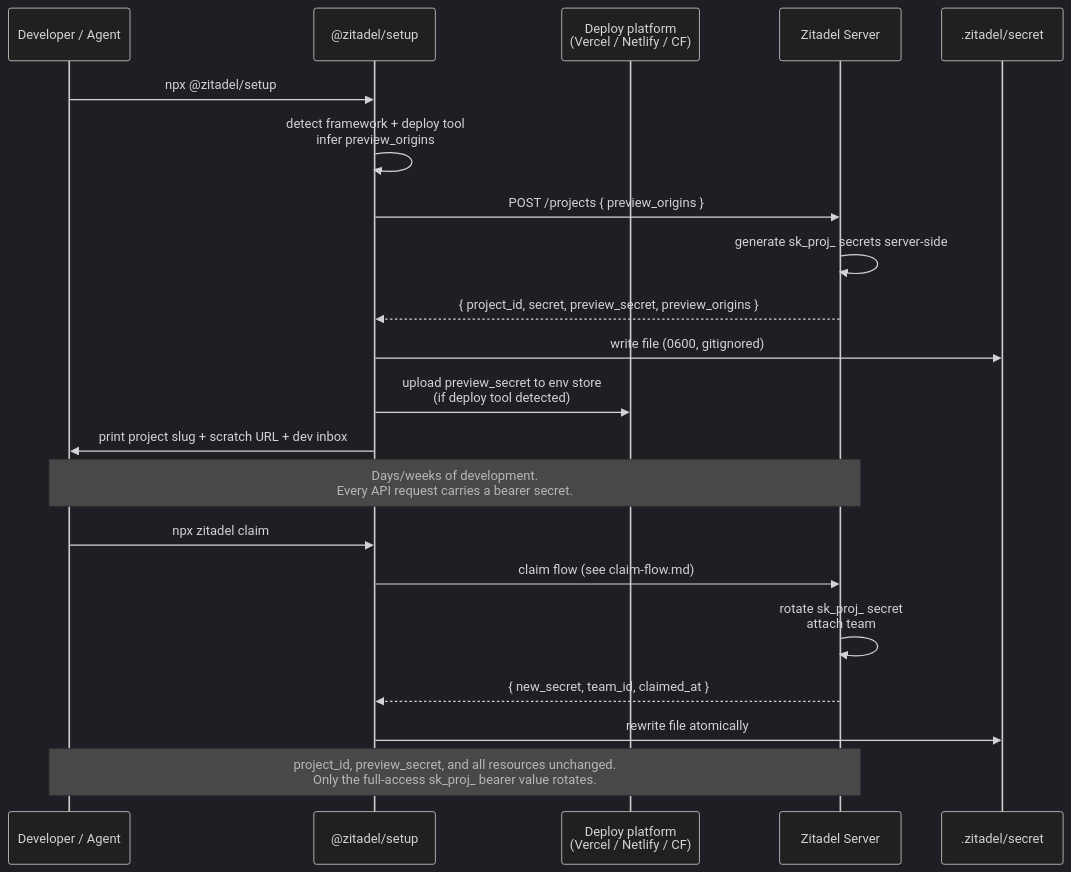
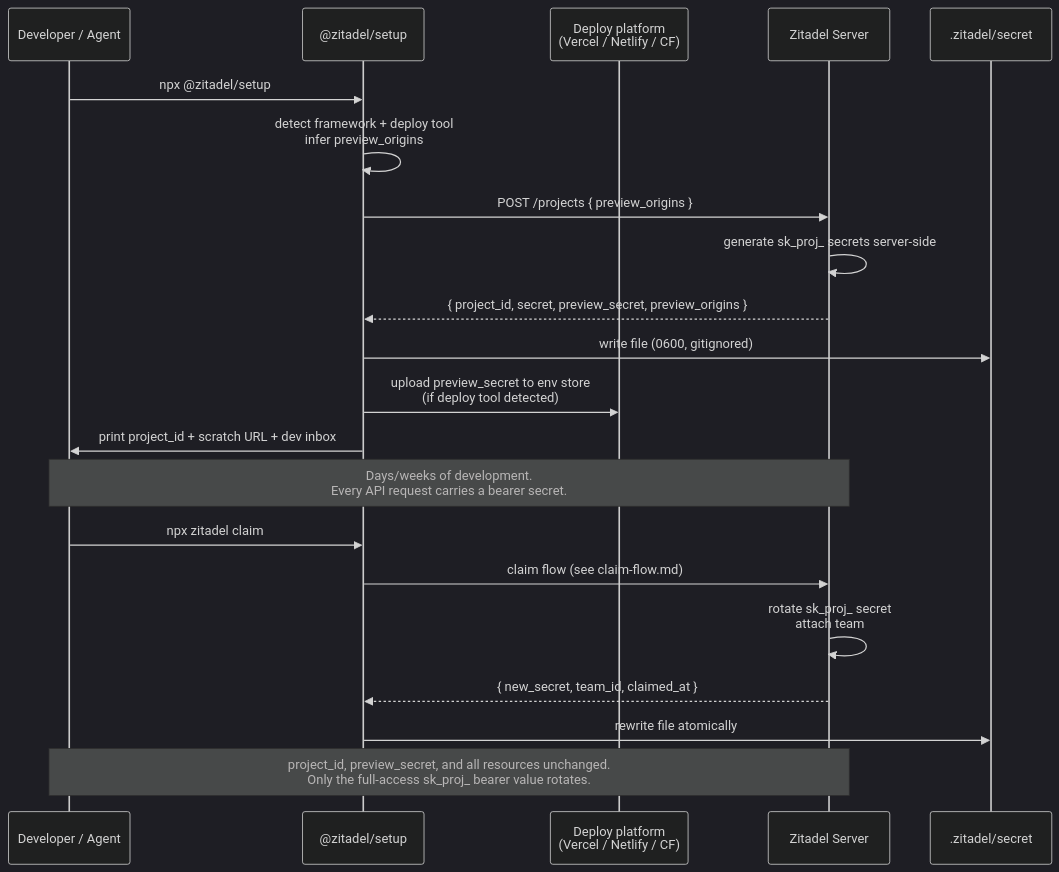
One commit to zitadel/nextgen changed the diagram in docs/design/platform/secret.md. Above: the diagram before and after it, drawn with Mermaid (dark theme). The commit also changed other lines of this file and 31 other files, not shown here.

Commit message:
docs: align flow and session design docs with the shipped wire contract

````diff
--- a/docs/design/platform/secret.md
+++ b/docs/design/platform/secret.md
@@ -173,27 +173,27 @@
 ```mermaid
 sequenceDiagram
     participant Dev as Developer / Agent
     participant CLI as @zitadel/setup
     participant Deploy as Deploy platform<br>(Vercel / Netlify / CF)
     participant Srv as Zitadel Server
     participant Secret as .zitadel/secret
 
     Dev->>CLI: npx @zitadel/setup
     CLI->>CLI: detect framework + deploy tool<br>infer preview_origins
     CLI->>Srv: POST /projects { preview_origins }
     Srv->>Srv: generate sk_proj_ secrets server-side
     Srv-->>CLI: { project_id, secret, preview_secret, preview_origins }
     CLI->>Secret: write file (0600, gitignored)
     CLI->>Deploy: upload preview_secret to env store<br>(if deploy tool detected)
-    CLI->>Dev: print project slug + scratch URL + dev inbox
+    CLI->>Dev: print project_id + scratch URL + dev inbox
 
     Note over Dev,Srv: Days/weeks of development.<br>Every API request carries a bearer secret.
 
     Dev->>CLI: npx zitadel claim
     CLI->>Srv: claim flow (see claim-flow.md)
     Srv->>Srv: rotate sk_proj_ secret<br>attach team
     Srv-->>CLI: { new_secret, team_id, claimed_at }
     CLI->>Secret: rewrite file atomically
 
     Note over Dev,Srv: project_id, preview_secret, and all resources unchanged.<br>Only the full-access sk_proj_ bearer value rotates.
 ```
````
